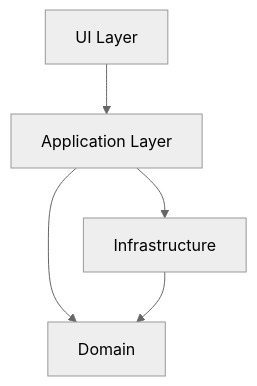
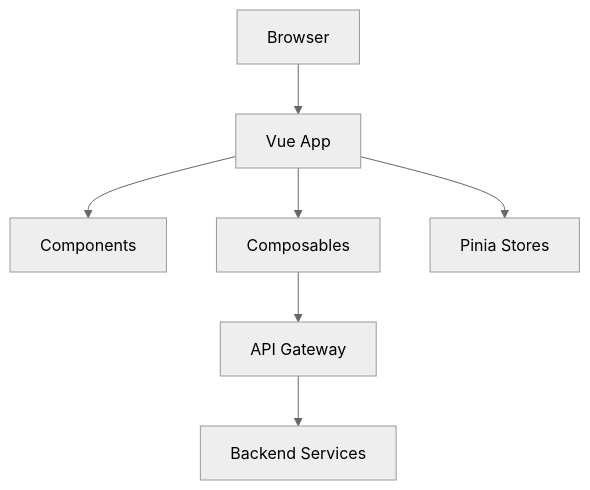
One commit to CarlssonOscar/netto-vue-frontend changed the first of 4 diagrams in .github/master-prompt-documentation.md. Above: the diagram before and after it, drawn with Mermaid (neutral theme). The commit also changed other lines of this file and 5 other files, not shown here.

````diff
--- a/.github/master-prompt-documentation.md
+++ b/.github/master-prompt-documentation.md
@@ -278,7 +278,9 @@
 ```mermaid
 graph TD
-    UI[UI Layer] --> App[Application Layer]
-    App --> Domain[Domain]
-    App --> Infra[Infrastructure]
-    Infra --> Domain
+    Browser[Browser] --> Vue[Vue App]
+    Vue --> Components[Components]
+    Vue --> Composables[Composables]
+    Vue --> Stores[Pinia Stores]
+    Composables --> API[API Gateway]
+    API --> Backend[Backend Services]
 ```
````
